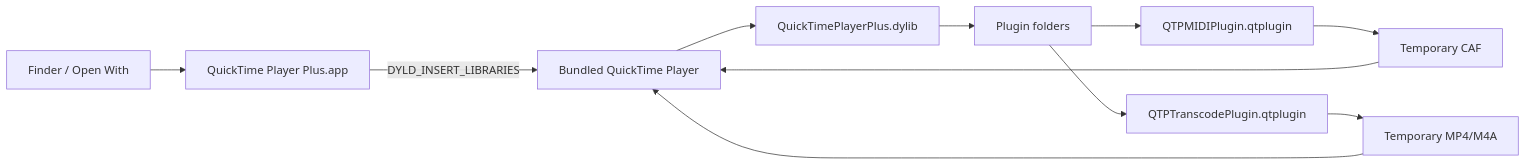
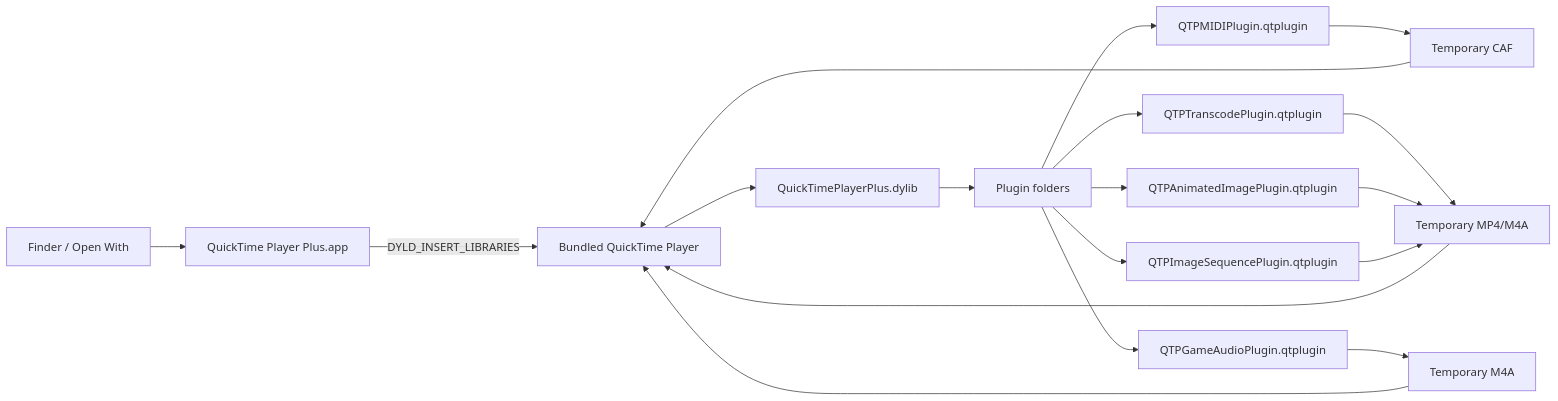
Before and after one commit to nisesimadao/QuickTimePlayerPlus: the diagram in README.md, drawn with Mermaid. The commit also changed other lines of this file and 16 other files, not shown here.

````diff
--- a/README.md
+++ b/README.md
@@ -49,13 +52,20 @@
 ```mermaid
 flowchart LR
   Finder[Finder / Open With] --> Launcher[QuickTime Player Plus.app]
   Launcher -->|DYLD_INSERT_LIBRARIES| QuickTime[Bundled QuickTime Player]
   QuickTime --> Loader[QuickTimePlayerPlus.dylib]
   Loader --> PluginDir[Plugin folders]
   PluginDir --> MIDI[QTPMIDIPlugin.qtplugin]
   PluginDir --> Transcode[QTPTranscodePlugin.qtplugin]
+  PluginDir --> Animated[QTPAnimatedImagePlugin.qtplugin]
+  PluginDir --> Game[QTPGameAudioPlugin.qtplugin]
+  PluginDir --> Sequence[QTPImageSequencePlugin.qtplugin]
   MIDI --> CAF[Temporary CAF]
   Transcode --> MP4[Temporary MP4/M4A]
+  Animated --> MP4
+  Game --> M4A[Temporary M4A]
+  Sequence --> MP4
   CAF --> QuickTime
   MP4 --> QuickTime
+  M4A --> QuickTime
 ```
````
